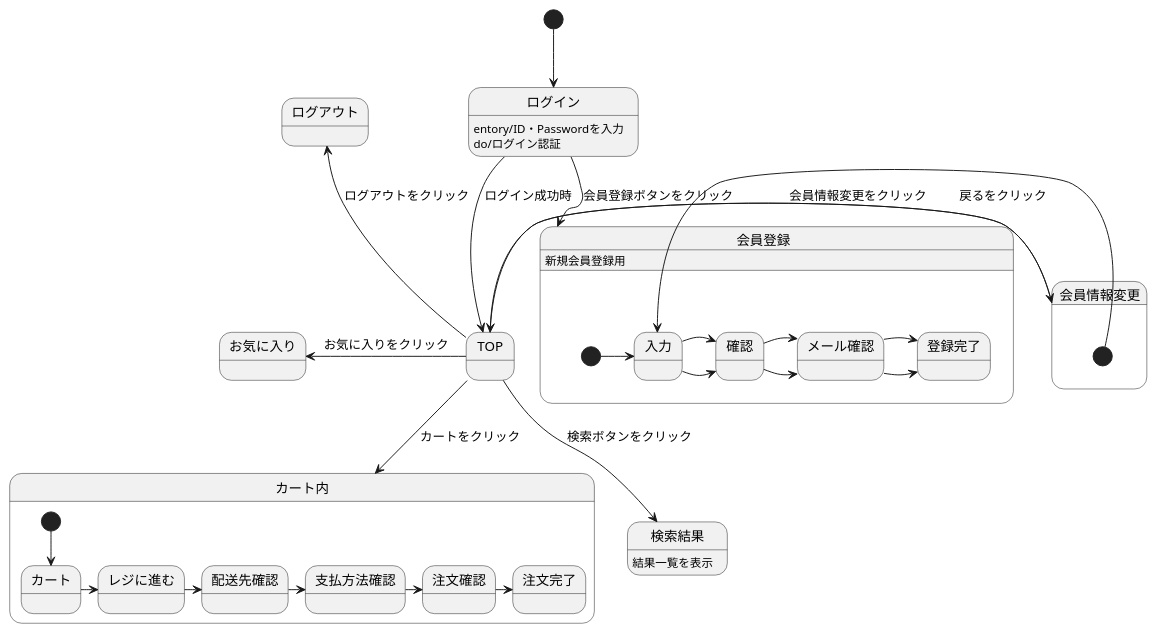
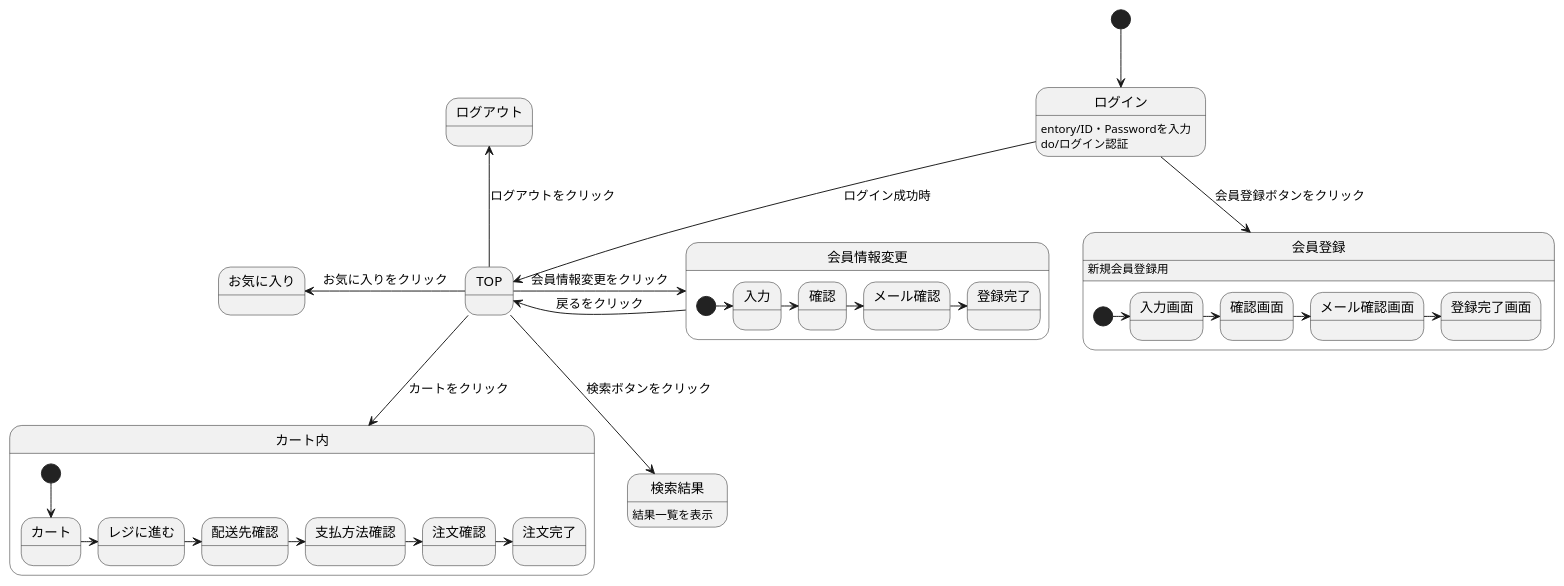
The diagram in チーム開発/画面遷移.md (Aso2101121/2021sys-design-2), drawn with PlantUML before and after one commit.

````diff
--- a/チーム開発/画面遷移.md
+++ b/チーム開発/画面遷移.md
@@ -1,42 +1,42 @@
 ```uml
 @startuml
 [*]      -down->   ログイン 
 ログイン  -down->   TOP: ログイン成功時
 ログイン: entory/ID・Passwordを入力
 ログイン: do/ログイン認証
 ログイン  -->   会員登録: 会員登録ボタンをクリック
 会員登録: 新規会員登録用
 TOP      -right->   会員情報変更: 会員情報変更をクリック
 会員情報変更  ->    TOP: 戻るをクリック
 TOP       -down->  カート内: カートをクリック
 TOP       -up->    ログアウト: ログアウトをクリック
 TOP       -left->  お気に入り: お気に入りをクリック
 TOP      -down->   検索結果: 検索ボタンをクリック
 検索結果: 結果一覧を表示
 
 
 state 会員登録{
- [*]     ->  入力
- 入力     ->  確認
- 確認     ->  メール確認
- メール確認 -> 登録完了
+ [*]     ->  入力画面
+ 入力画面     ->  確認画面
+ 確認画面    ->  メール確認画面
+ メール確認画面 -> 登録完了画面
 }
 
 state 会員情報変更{
  [*]     ->  入力
  入力     ->  確認
  確認     ->  メール確認
  メール確認 -> 登録完了
 }
 
 state カート内{
  [*]    -->    カート
  カート  ->    レジに進む
  レジに進む  ->  配送先確認
  配送先確認 ->   支払方法確認
  支払方法確認 -> 注文確認
  注文確認 ->  注文完了
 }
 
 @enduml
 ```
````
